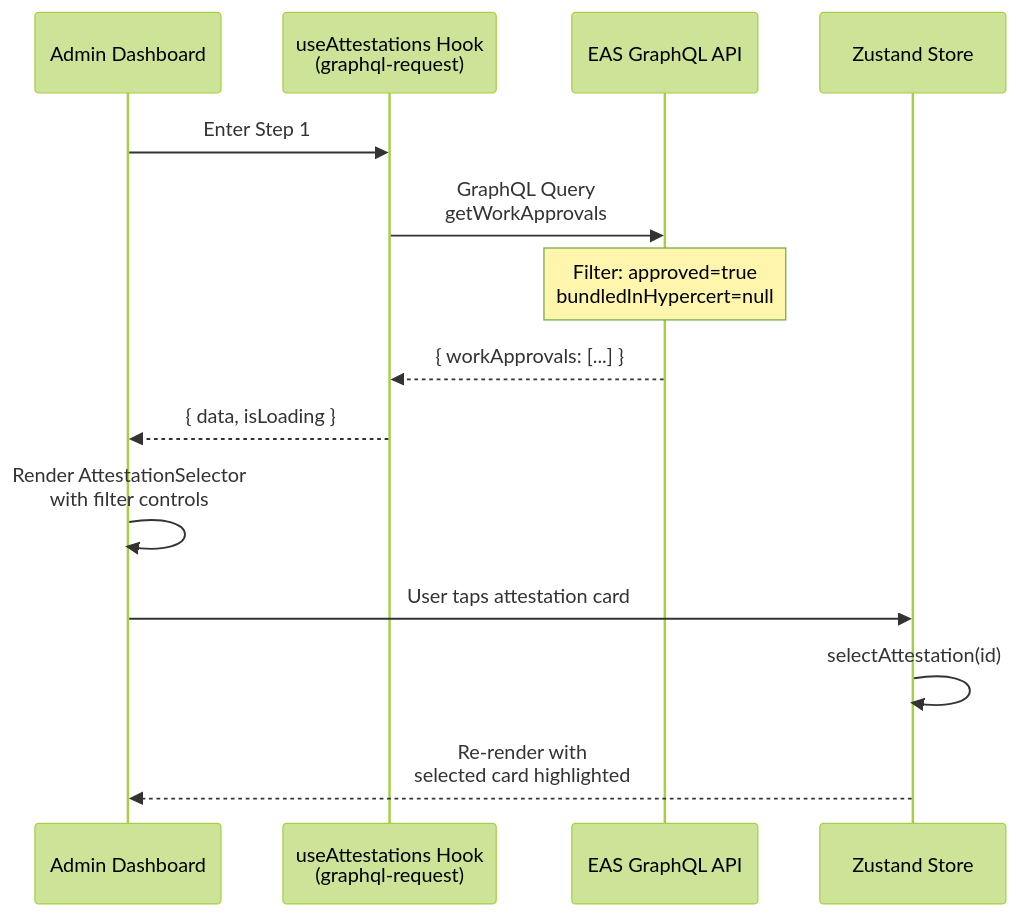
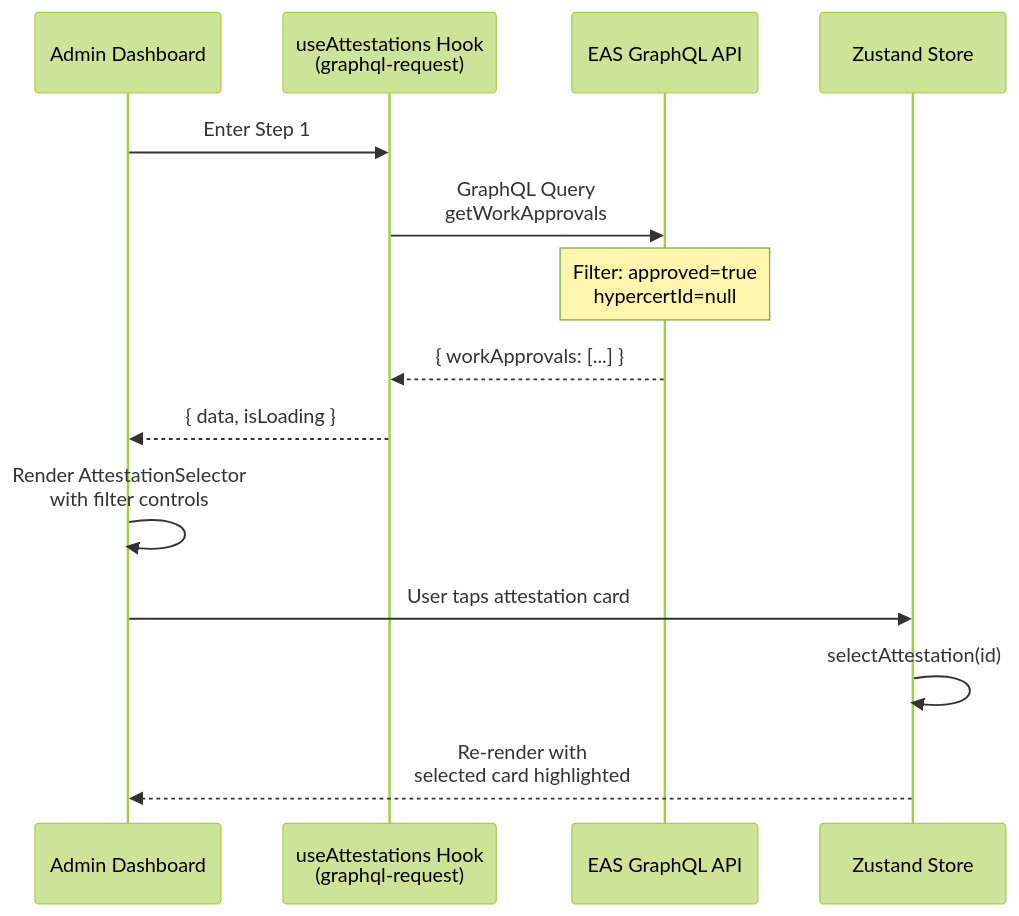
The seventh of 12 diagrams in docs/docs/specs/hypercerts/technical-spec.md (greenpill-dev-guild/green-goods), drawn with Mermaid (forest theme) before and after one commit. The commit also changed other lines of this file and 28 other files, not shown here.

````diff
--- a/docs/docs/specs/hypercerts/technical-spec.md
+++ b/docs/docs/specs/hypercerts/technical-spec.md
@@ -1266,22 +1253,22 @@
 ```mermaid
 sequenceDiagram
     participant Admin as Admin Dashboard
     participant Hook as useAttestations Hook<br/>(graphql-request)
     participant EAS as EAS GraphQL API
     participant Store as Zustand Store
 
     Admin->>Hook: Enter Step 1
 
     Hook->>EAS: GraphQL Query<br/>getWorkApprovals
 
-    Note over EAS: Filter: approved=true<br/>bundledInHypercert=null
+    Note over EAS: Filter: approved=true<br/>hypercertId=null
 
     EAS-->>Hook: { workApprovals: [...] }
     Hook-->>Admin: { data, isLoading }
 
     Admin->>Admin: Render AttestationSelector<br/>with filter controls
 
     Admin->>Store: User taps attestation card
     Store->>Store: selectAttestation(id)
     Store-->>Admin: Re-render with<br/>selected card highlighted
 ```
````
